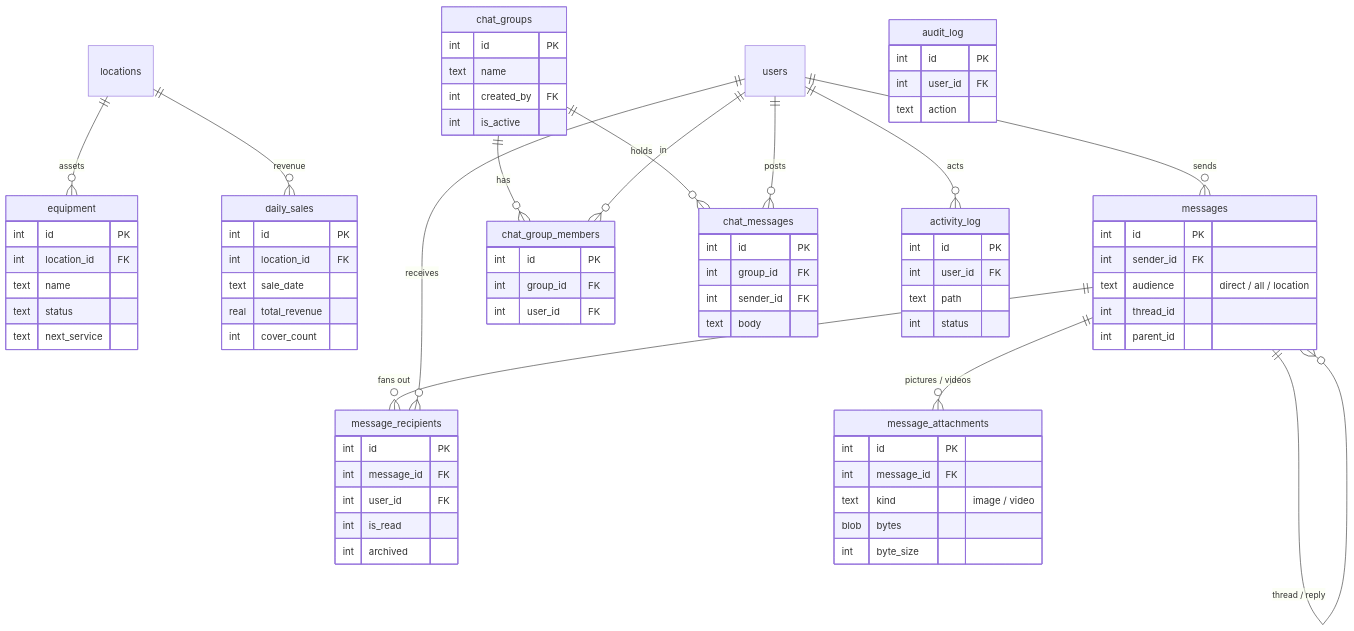
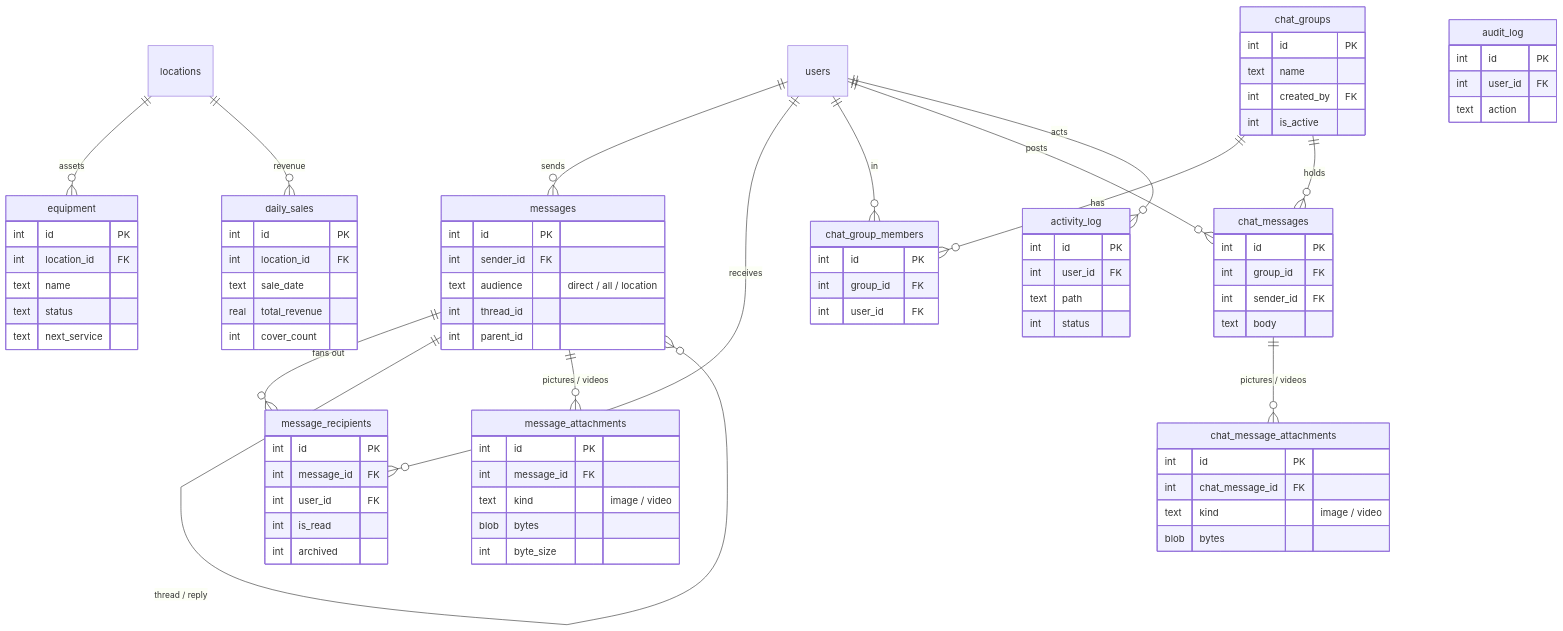
Before and after one commit to nolanle-gmail/pho-ha-noi: the ninth of 16 diagrams in docs/HANDBOOK.md, drawn with Mermaid. The commit also changed other lines of this file and 5 other files, not shown here.

First line of the commit message:
Add picture & video attachments to group chat

```diff
--- a/docs/HANDBOOK.md
+++ b/docs/HANDBOOK.md
@@ -530,6 +530,7 @@
   users ||--o{ chat_group_members : "in"
   chat_groups ||--o{ chat_messages : "holds"
   users ||--o{ chat_messages : "posts"
+  chat_messages ||--o{ chat_message_attachments : "pictures / videos"
   users ||--o{ activity_log : "acts"
   equipment {
     int id PK
@@ -583,6 +584,12 @@
     int sender_id FK
     text body
   }
+  chat_message_attachments {
+    int id PK
+    int chat_message_id FK
+    text kind "image / video"
+    blob bytes
+  }
   activity_log {
     int id PK
     int user_id FK
```
